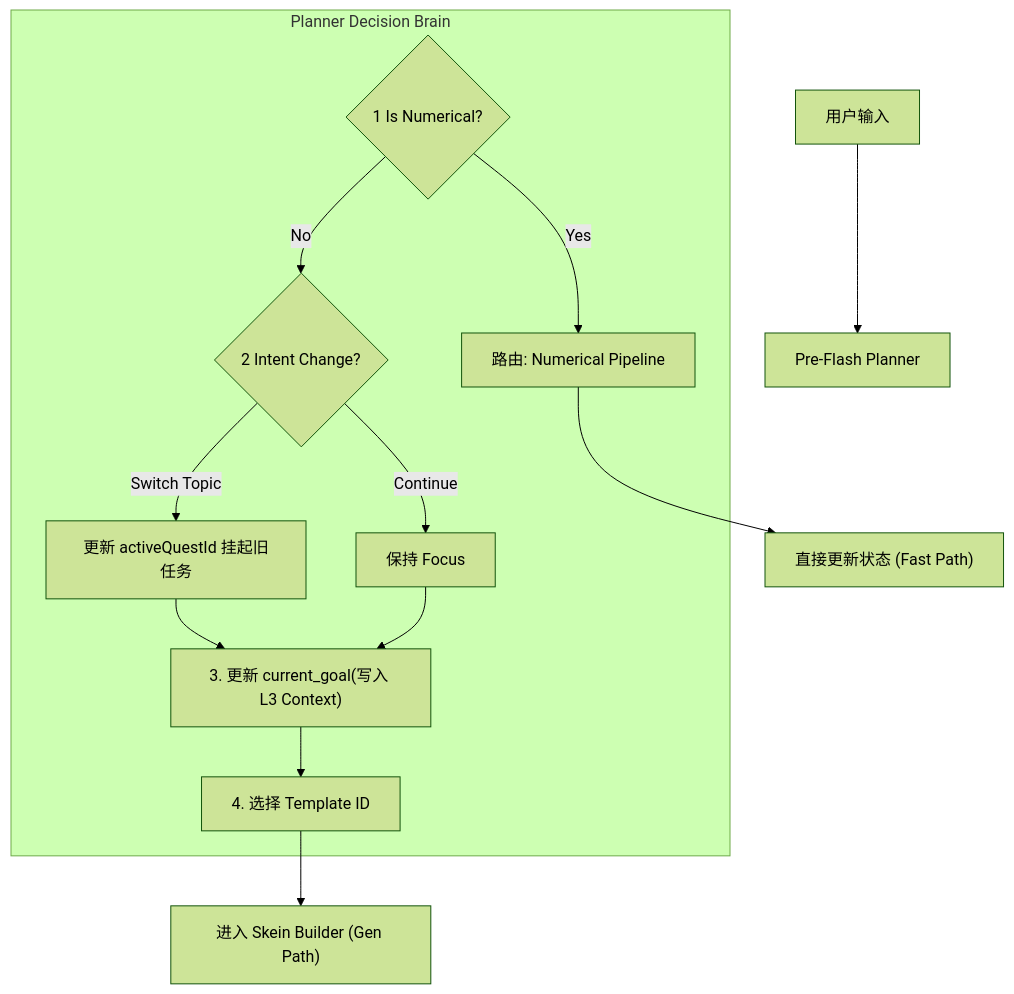
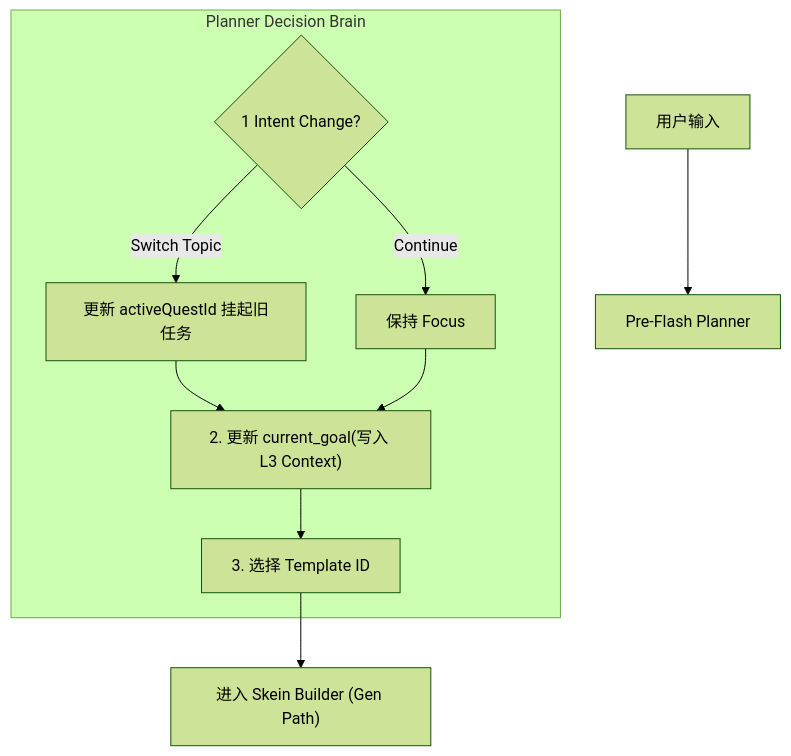
One commit to Abgetrennter/Clotho-Design changed the diagram in 00_active_specs/jacquard/planner-component.md. Above: the diagram before and after it, drawn with Mermaid (forest theme). The commit also changed other lines of this file and 8 other files, not shown here.

````diff
--- a/00_active_specs/jacquard/planner-component.md
+++ b/00_active_specs/jacquard/planner-component.md
@@ -74,18 +62,16 @@
 ```mermaid
 graph TD
     UserInput[用户输入] --> Planner[Pre-Flash Planner]
     
     subgraph "Planner Decision Brain"
-        CheckTriage{1 Is Numerical?} -- Yes --> RouteNum["路由: Numerical Pipeline"]
-        CheckTriage -- No --> CheckFocus{2 Intent Change?}
+        CheckFocus{1 Intent Change?}
         
         CheckFocus -- "Switch Topic" --> Switch[更新 activeQuestId 挂起旧任务]
         CheckFocus -- "Continue" --> Keep[保持 Focus]
         
-        Switch & Keep --> SetGoal["3. 更新 current_goal(写入 L3 Context)"]
-        SetGoal --> SelectTempl[4. 选择 Template ID]
+        Switch & Keep --> SetGoal["2. 更新 current_goal(写入 L3 Context)"]
+        SetGoal --> SelectTempl[3. 选择 Template ID]
     end
     
-    RouteNum --> StateUpdate["直接更新状态 (Fast Path)"]
     SelectTempl --> SkeinBuilder["进入 Skein Builder (Gen Path)"]
 ```
````
